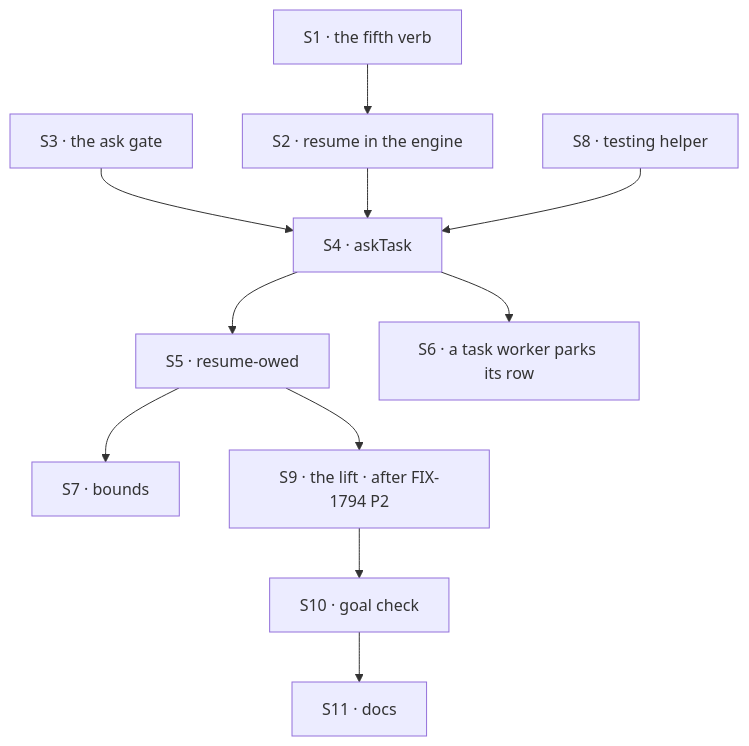
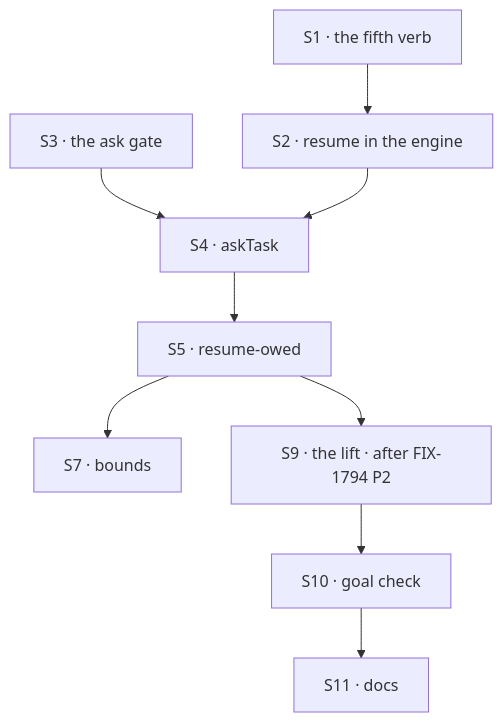
The diagram in specs/issues/FIX-1816/PLAN.md (fixpoint-labs/flow-state-dev), drawn with Mermaid before and after one commit. The commit also changed other lines of this file and 6 other files, not shown here.

````diff
--- a/specs/issues/FIX-1816/PLAN.md
+++ b/specs/issues/FIX-1816/PLAN.md
@@ -30,13 +33,11 @@
 ```mermaid
 flowchart TD
   S1["S1 · the fifth verb"] --> S2["S2 · resume in the engine"]
   S3["S3 · the ask gate"] --> S4["S4 · askTask"]
   S2 --> S4
-  S8["S8 · testing helper"] --> S4
   S4 --> S5["S5 · resume-owed"]
-  S4 --> S6["S6 · a task worker parks its row"]
   S5 --> S7["S7 · bounds"]
   S5 --> S9["S9 · the lift · after FIX-1794 P2"]
   S9 --> S10["S10 · goal check"]
   S10 --> S11["S11 · docs"]
 ```
````
